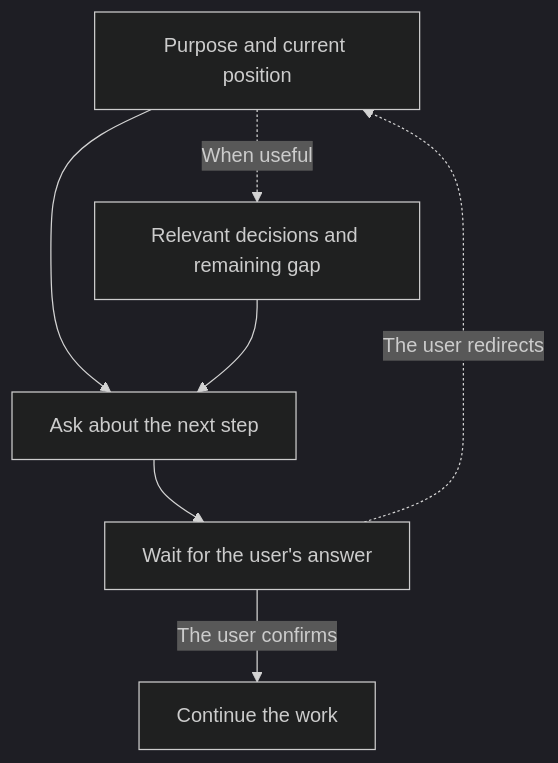
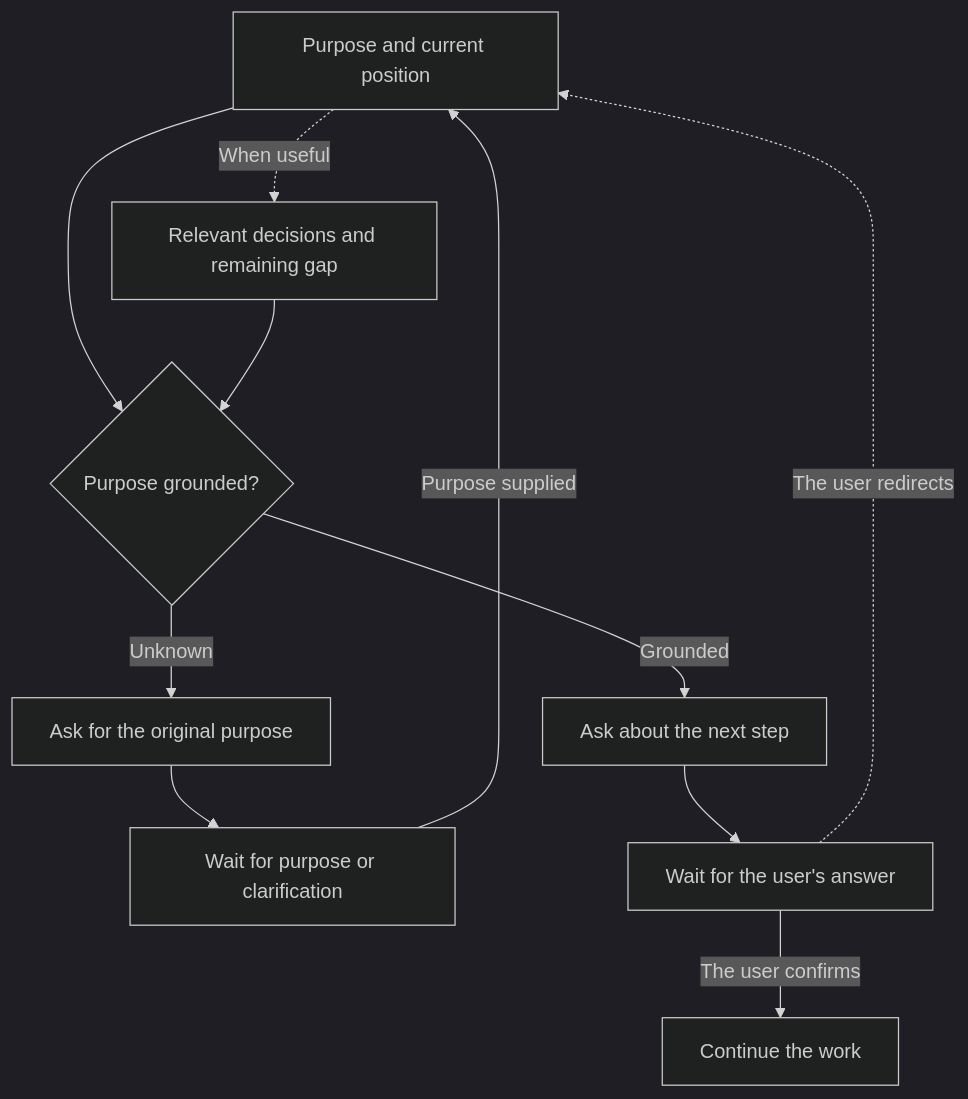
Before and after one commit to kouko/loom-plugins: the diagram in loom-workflow/skills/recap-state/README.md, drawn with Mermaid (dark theme). The commit also changed other lines of this file and 3 other files, not shown here.

````diff
--- a/loom-workflow/skills/recap-state/README.md
+++ b/loom-workflow/skills/recap-state/README.md
@@ -31,9 +32,13 @@
 ```mermaid
 graph TB
-    Purpose["Purpose and current position"] --> Next["Ask about the next step"]
+    Purpose["Purpose and current position"] --> Check{"Purpose grounded?"}
     Purpose -.->|"When useful"| History["Relevant decisions and remaining gap"]
-    History --> Next
-    Next --> Wait["Wait for the user's answer"]
-    Wait -.->|"The user redirects"| Purpose
-    Wait -->|"The user confirms"| Continue["Continue the work"]
+    History --> Check
+    Check -->|"Unknown"| AskPurpose["Ask for the original purpose"]
+    Check -->|"Grounded"| Next["Ask about the next step"]
+    AskPurpose --> WaitPurpose["Wait for purpose or clarification"]
+    Next --> WaitNext["Wait for the user's answer"]
+    WaitPurpose -->|"Purpose supplied"| Purpose
+    WaitNext -.->|"The user redirects"| Purpose
+    WaitNext -->|"The user confirms"| Continue["Continue the work"]
 ```
````
